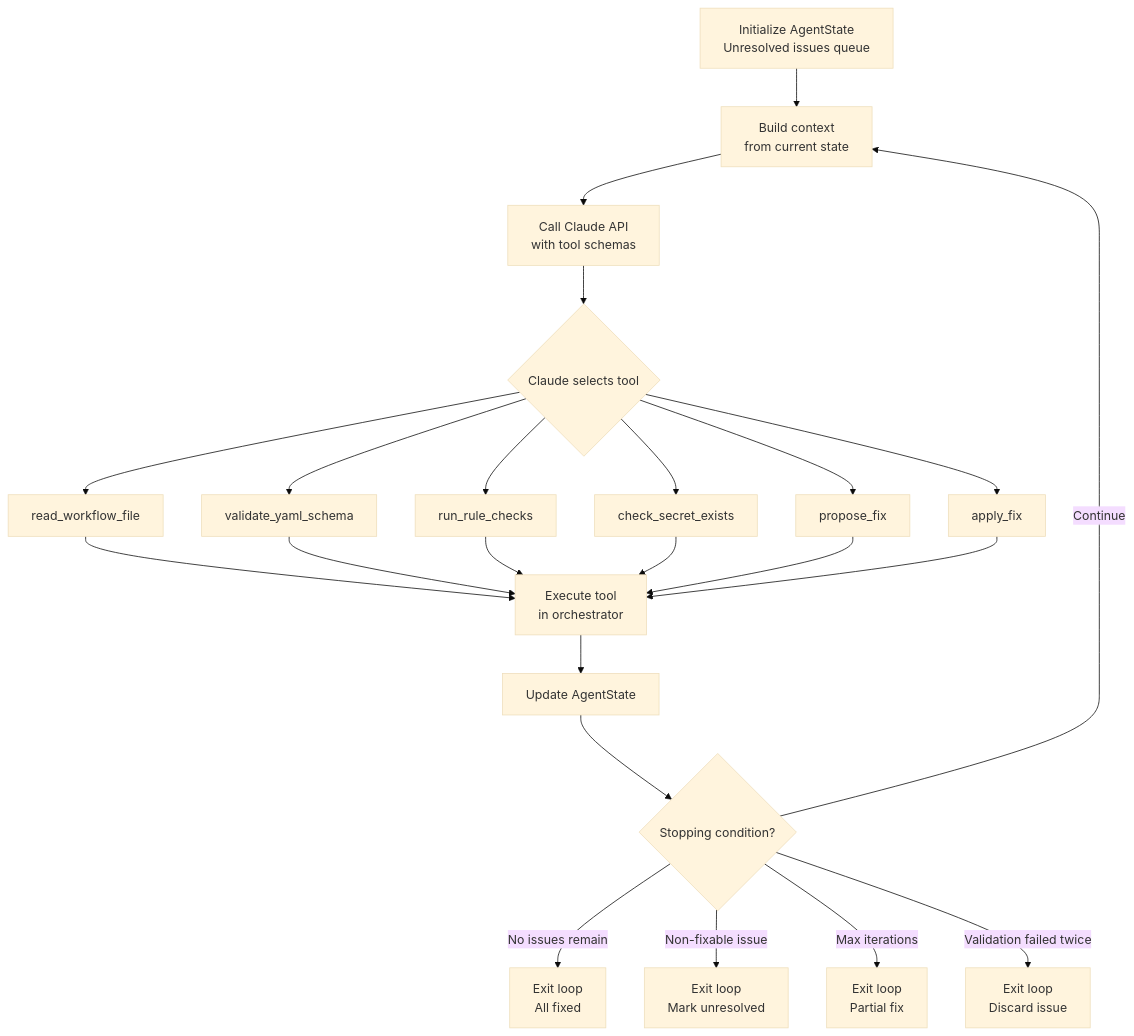
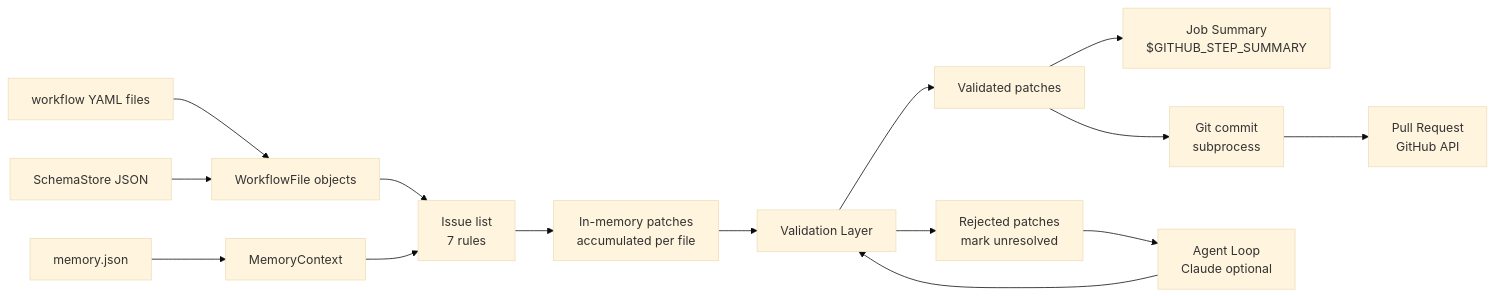
Before and after one commit to actions-marketplace-validations/arpita-rathwa_CIRecon: the third of 5 diagrams in ARCHITECTURE.md, drawn with Mermaid (base theme). The commit also changed other lines of this file, not shown here.

````diff
--- a/ARCHITECTURE.md
+++ b/ARCHITECTURE.md
@@ -1107,20 +668,17 @@
 ```mermaid
-flowchart TD
-    A[Initialize AgentState\nUnresolved issues queue] --> B[Build context\nfrom current state]
-    B --> C[Call Claude API\nwith tool schemas]
-    C --> D{Claude selects tool}
-    D --> E[read_workflow_file]
-    D --> F[validate_yaml_schema]
-    D --> G[run_rule_checks]
-    D --> H[check_secret_exists]
-    D --> I[propose_fix]
-    D --> J[apply_fix]
-    E & F & G & H & I & J --> K[Execute tool\nin orchestrator]
-    K --> L[Update AgentState]
-    L --> M{Stopping condition?}
-    M -- No issues remain --> N[Exit loop\nAll fixed]
-    M -- Non-fixable issue --> O[Exit loop\nMark unresolved]
-    M -- Max iterations --> P[Exit loop\nPartial fix]
-    M -- Validation failed twice --> Q[Exit loop\nDiscard issue]
-    M -- Continue --> B
+flowchart LR
+    A[workflow YAML files] --> B[WorkflowFile objects]
+    C[SchemaStore JSON] --> B
+    D[memory.json] --> E[MemoryContext]
+    B --> F[Issue list\n7 rules]
+    E --> F
+    F --> G[In-memory patches\naccumulated per file]
+    G --> H[Validation Layer]
+    H --> I[Validated patches]
+    H --> J[Rejected patches\nmark unresolved]
+    I --> K[Job Summary\n$GITHUB_STEP_SUMMARY]
+    I --> L[Git commit\nsubprocess]
+    L --> M[Pull Request\nGitHub API]
+    J --> N[Agent Loop\nClaude optional]
+    N --> H
 ```
````
